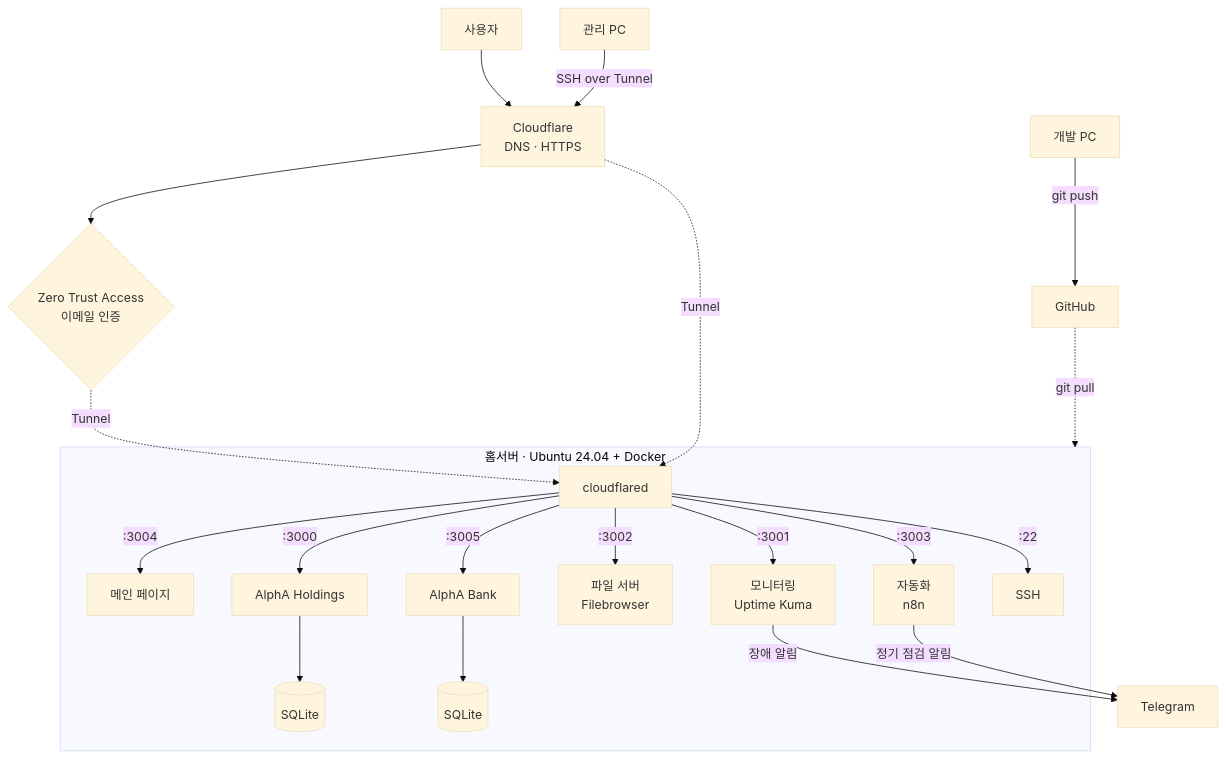
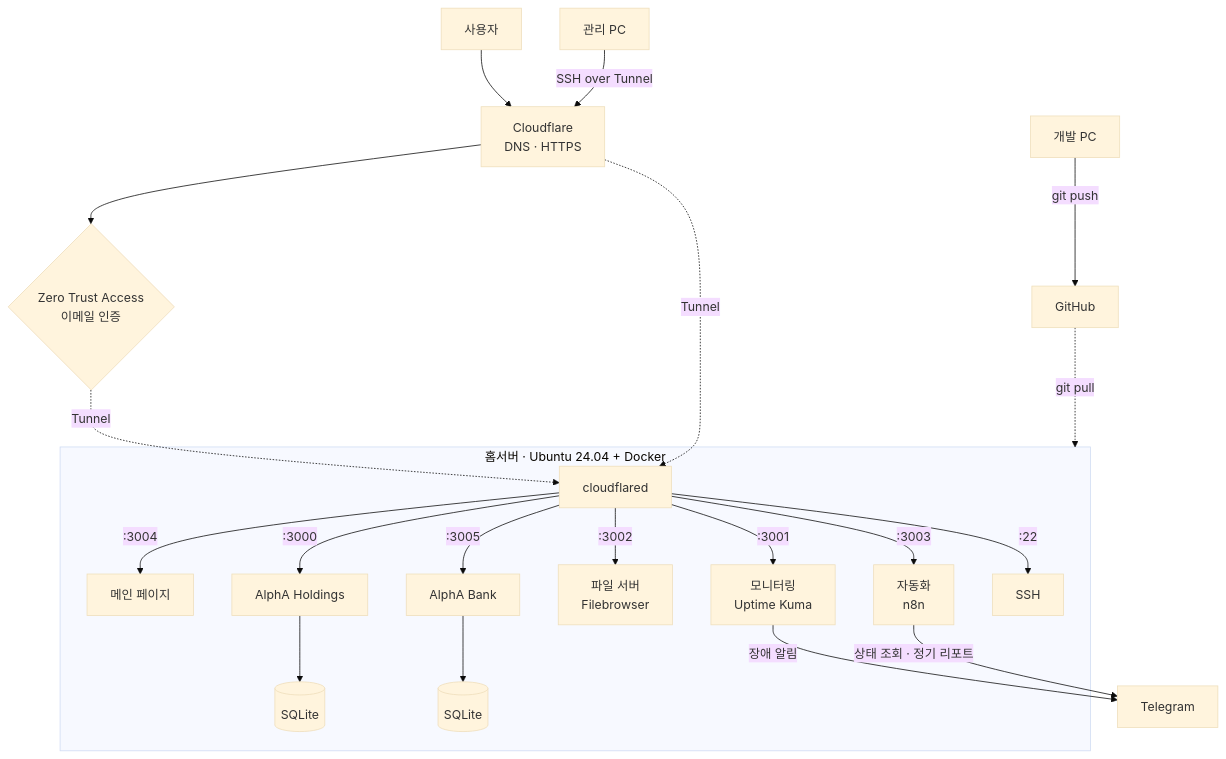
Before and after one commit to alpha-1nc/alpha-infra: the diagram in README.md, drawn with Mermaid (base theme). The commit also changed other lines of this file, not shown here.

````diff
--- a/README.md
+++ b/README.md
@@ -8,27 +8,27 @@
 ```mermaid
 flowchart TD
     User[사용자] --> CF[Cloudflare<br/>DNS · HTTPS]
     CF --> ACC{Zero Trust Access<br/>이메일 인증}
     ACC -.Tunnel.-> CFD
     CF -.Tunnel.-> CFD
 
     Admin[관리 PC] -->|SSH over Tunnel| CF
     Dev[개발 PC] -->|git push| GH[GitHub]
     GH -.git pull.-> Server
 
     subgraph Server[홈서버 · Ubuntu 24.04 + Docker]
         CFD[cloudflared]
         CFD -->|:3004| HUB[메인 페이지]
         CFD -->|:3000| H[AlphA Holdings]
         CFD -->|:3005| B[AlphA Bank]
         CFD -->|:3002| FB[파일 서버<br/>Filebrowser]
         CFD -->|:3003| N8N[자동화<br/>n8n]
         CFD -->|:3001| UK[모니터링<br/>Uptime Kuma]
         CFD -->|:22| SSH[SSH]
         H --> HDB[(SQLite)]
         B --> BDB[(SQLite)]
     end
 
     UK -->|장애 알림| TG[Telegram]
-    N8N -->|정기 점검 알림| TG
+    N8N -->|상태 조회 · 정기 리포트| TG
 ```
````
